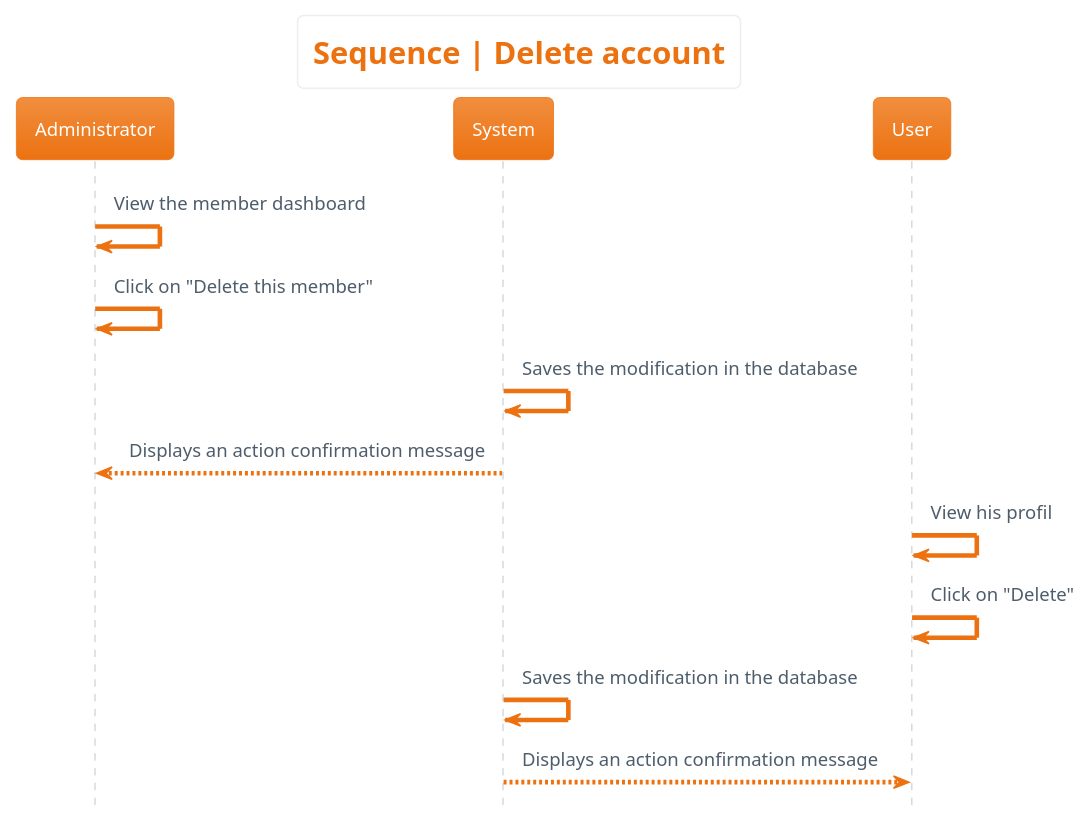
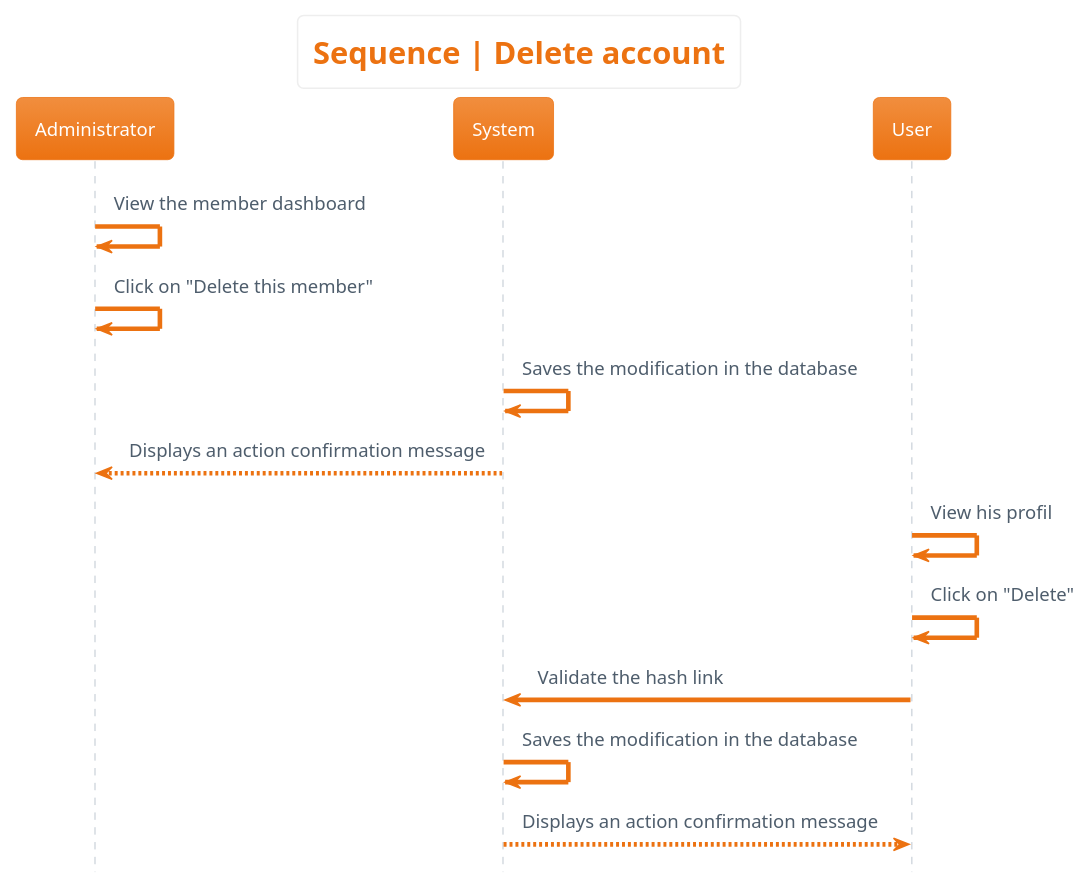
The diagram in 1_project_design/uml_diagrams/sequence/members/delete_account/delete_account.plantuml (sebastien-d-me/SebBlog), drawn with PlantUML before and after one commit. The commit also changed 9 other files, not shown here.

First line of the commit message:
🐛 Fix UML

```diff
--- a/1_project_design/uml_diagrams/sequence/members/delete_account/delete_account.plantuml
+++ b/1_project_design/uml_diagrams/sequence/members/delete_account/delete_account.plantuml
@@ -1,20 +1,21 @@
 @startuml sequence__delete_account
 hide footbox
 skinparam actorStyle awesome
 !theme aws-orange
 skinparam backgroundcolor White
 
 'Titre'
 title Sequence | Delete account
 
 'Déroulement'
 Administrator -> Administrator: View the member dashboard
 Administrator -> Administrator: Click on "Delete this member"
 System -> System : Saves the modification in the database
 System --> Administrator: Displays an action confirmation message
 
 User -> User: View his profil
 User -> User: Click on "Delete"
+User -> System : Validate the hash link
 System -> System : Saves the modification in the database
 System --> User: Displays an action confirmation message
 @enduml
```
